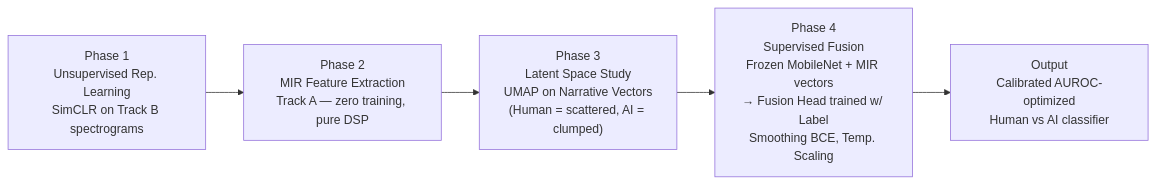
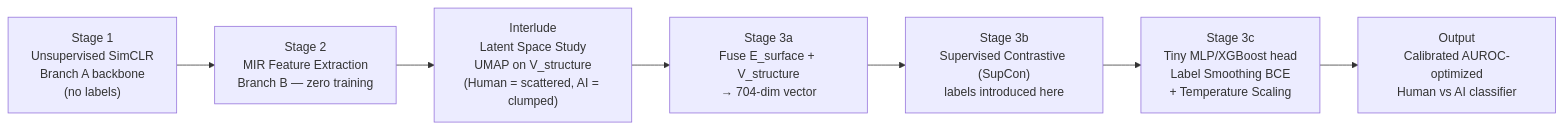
Before and after one commit to IshanPandey32/mirex: the fifth of 5 diagrams in README.md, drawn with Mermaid. The commit also changed other lines of this file, not shown here.

````diff
--- a/README.md
+++ b/README.md
@@ -138,20 +159,26 @@
 ```mermaid
 flowchart LR
-    P1["Phase 1
-Unsupervised Rep. Learning
-SimCLR on Track B spectrograms"] --> P2["Phase 2
+    P1["Stage 1
+Unsupervised SimCLR
+Branch A backbone
+(no labels)"] --> P2["Stage 2
 MIR Feature Extraction
-Track A — zero training, pure DSP"]
-    P2 --> P3["Phase 3
+Branch B — zero training"]
+    P2 --> P3["Interlude
 Latent Space Study
-UMAP on Narrative Vectors
+UMAP on V_structure
 (Human = scattered, AI = clumped)"]
-    P3 --> P4["Phase 4
-Supervised Fusion
-Frozen MobileNet + MIR vectors
-→ Fusion Head trained w/ Label
-Smoothing BCE, Temp. Scaling"]
-    P4 --> P5["Output
+    P3 --> P4["Stage 3a
+Fuse E_surface + V_structure
+→ 704-dim vector"]
+    P4 --> P5["Stage 3b
+Supervised Contrastive (SupCon)
+labels introduced here"]
+    P5 --> P6["Stage 3c
+Tiny MLP/XGBoost head
+Label Smoothing BCE
++ Temperature Scaling"]
+    P6 --> P7["Output
 Calibrated AUROC-optimized
 Human vs AI classifier"]
 ```
````
